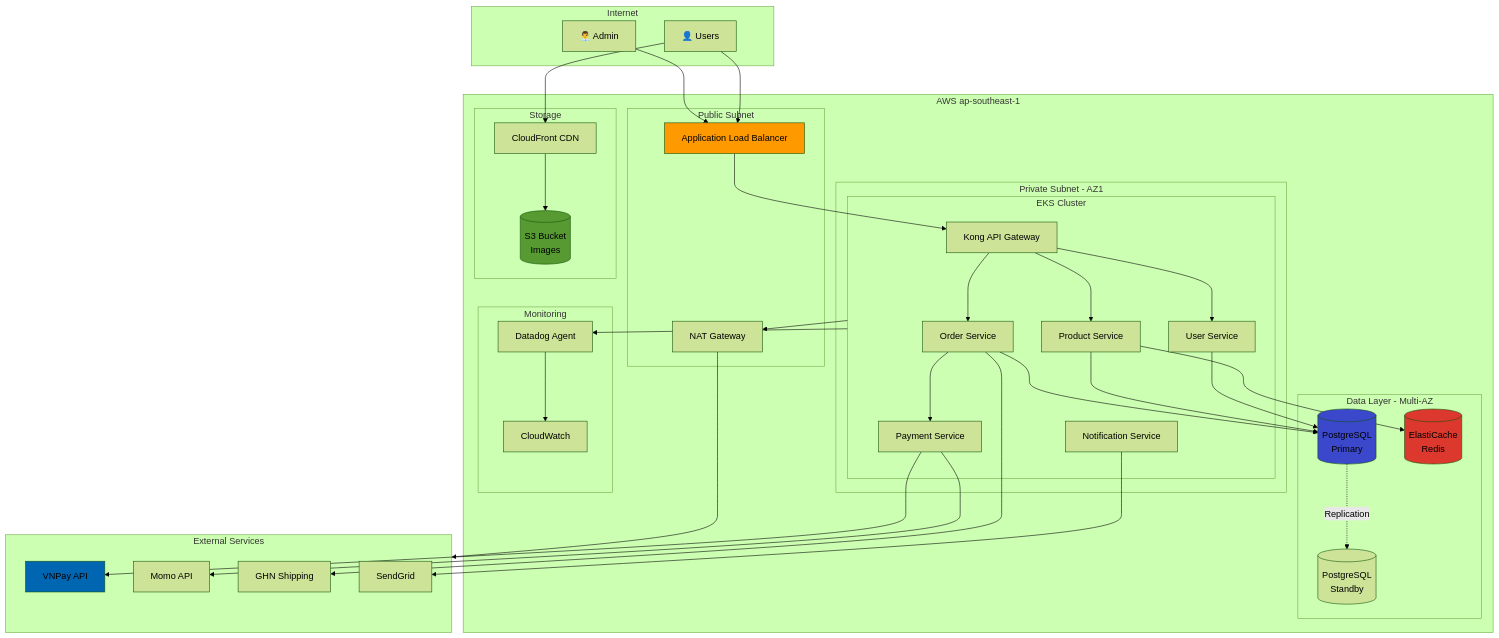
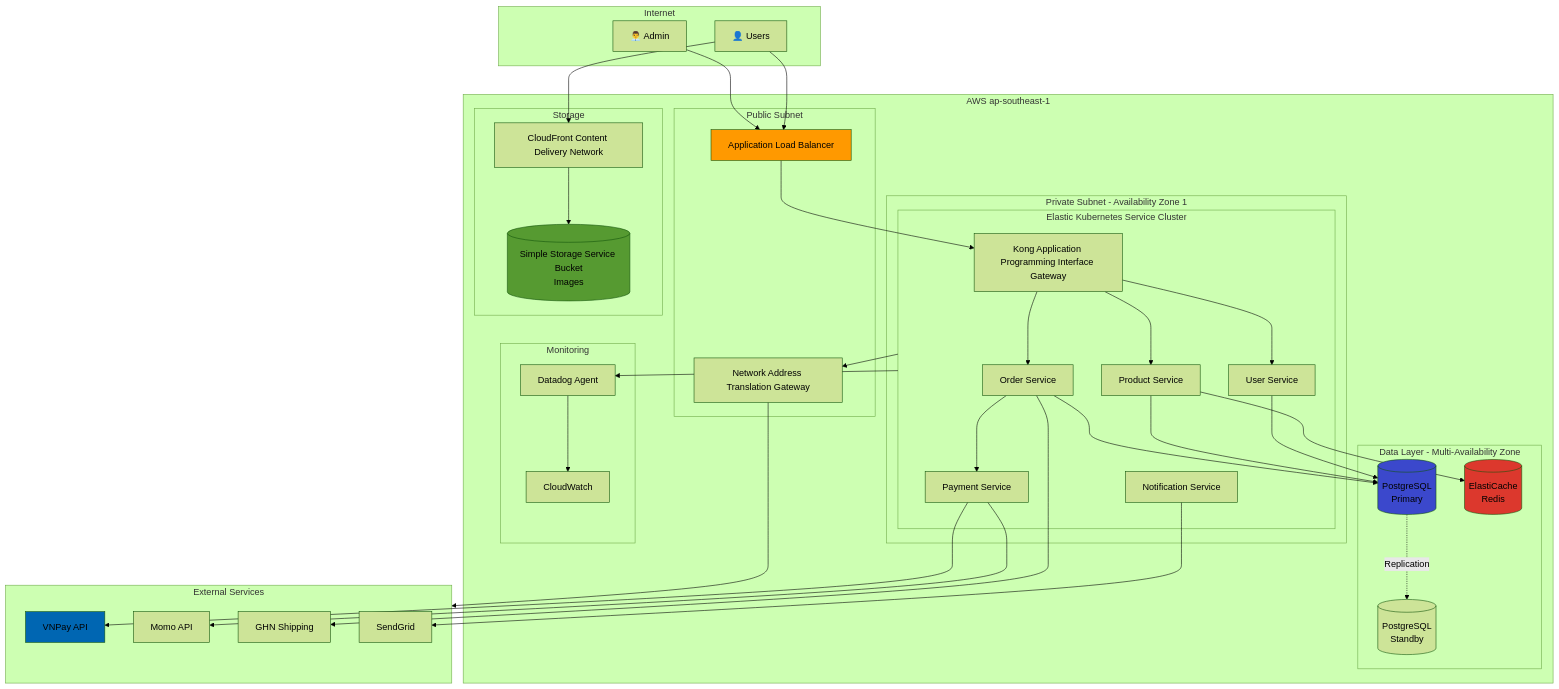
One commit to chungminhtu/S--tay-SA--Solution-Architect- changed diagram 14 of 23 in So_tay_SA_VN.md. Above: the diagram before and after it, drawn with Mermaid (forest theme). The commit also changed other lines of this file, not shown here.

````diff
--- a/So_tay_SA_VN.md
+++ b/So_tay_SA_VN.md
@@ -1814,82 +1814,82 @@
 ```mermaid
 flowchart TB
     subgraph Internet
         User[👤 Users]
         Admin[👨‍💼 Admin]
     end
 
     subgraph AWS["AWS ap-southeast-1"]
         subgraph Public["Public Subnet"]
             ALB[Application Load Balancer]
-            NAT[NAT Gateway]
+            NAT[Network Address Translation Gateway]
         end
 
-        subgraph Private["Private Subnet - AZ1"]
-            subgraph EKS["EKS Cluster"]
-                Kong[Kong API Gateway]
+        subgraph Private["Private Subnet - Availability Zone 1"]
+            subgraph EKS["Elastic Kubernetes Service Cluster"]
+                Kong[Kong Application Programming Interface Gateway]
                 UserSvc[User Service]
                 ProductSvc[Product Service]
                 OrderSvc[Order Service]
                 PaymentSvc[Payment Service]
                 NotifSvc[Notification Service]
             end
         end
 
-        subgraph Data["Data Layer - Multi-AZ"]
+        subgraph Data["Data Layer - Multi-Availability Zone"]
             RDS[(PostgreSQL<br/>Primary)]
             RDS2[(PostgreSQL<br/>Standby)]
             Redis[(ElastiCache<br/>Redis)]
         end
 
         subgraph Storage["Storage"]
-            S3[(S3 Bucket<br/>Images)]
-            CF[CloudFront CDN]
+            S3[(Simple Storage Service Bucket<br/>Images)]
+            CF[CloudFront Content Delivery Network]
         end
 
         subgraph Monitor["Monitoring"]
             CW[CloudWatch]
             DD[Datadog Agent]
         end
     end
 
     subgraph External["External Services"]
         VNPay[VNPay API]
         Momo[Momo API]
         GHN[GHN Shipping]
         SG[SendGrid]
     end
 
     User --> CF
     User --> ALB
     Admin --> ALB
     CF --> S3
 
     ALB --> Kong
     Kong --> UserSvc
     Kong --> ProductSvc
     Kong --> OrderSvc
 
     UserSvc --> RDS
     ProductSvc --> RDS
     ProductSvc --> Redis
     OrderSvc --> RDS
     OrderSvc --> PaymentSvc
     PaymentSvc --> VNPay
     PaymentSvc --> Momo
     OrderSvc --> GHN
     NotifSvc --> SG
 
     RDS -.->|Replication| RDS2
 
     EKS --> NAT
     NAT --> External
 
     EKS --> DD
     DD --> CW
 
     style ALB fill:#ff9900
     style RDS fill:#3b48cc
     style Redis fill:#dc382d
     style S3 fill:#569a31
     style VNPay fill:#0066b2
 ```
````
